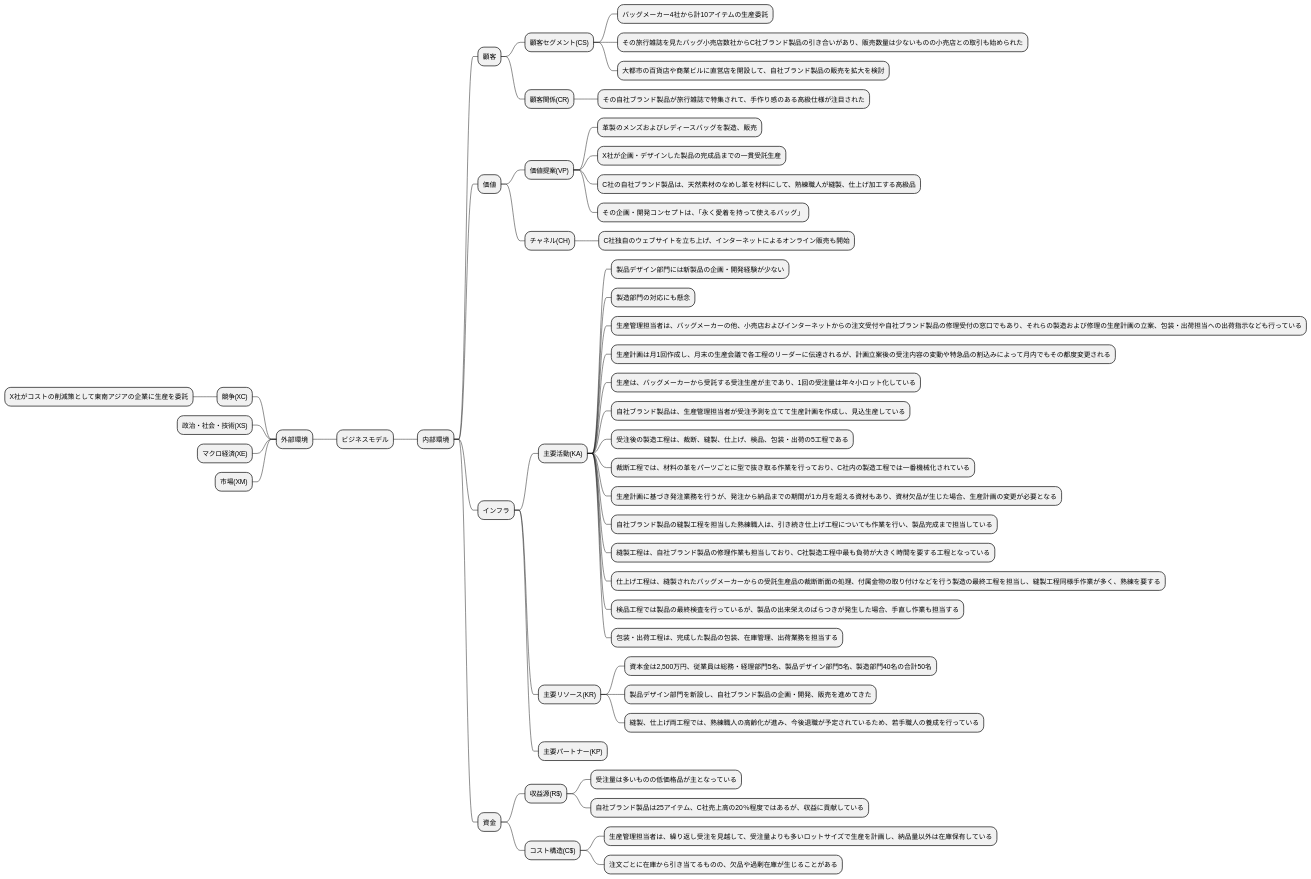
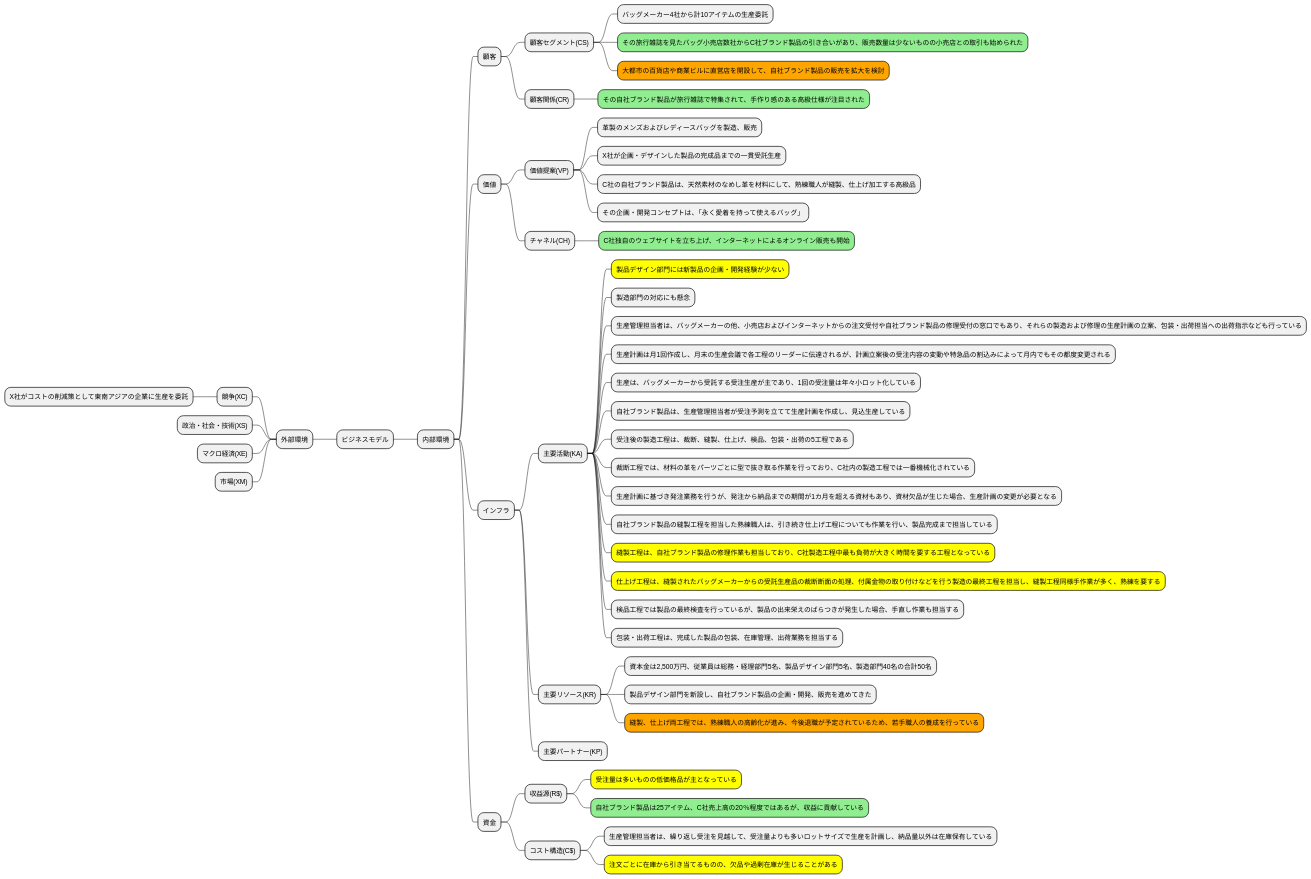
The second of 16 diagrams in docs/case/r03_case_3.adoc (k2works/case-sutudy-business-analysis), drawn with PlantUML before and after one commit. The commit also changed other lines of this file, not shown here.

```diff
--- a/docs/case/r03_case_3.adoc
+++ b/docs/case/r03_case_3.adoc
@@ -69,58 +69,58 @@
 [plantuml]
 ----
 @startmindmap
 
 * ビジネスモデル
 -- 外部環境
 --- 競争(XC)
 ---- X社がコストの削減策として東南アジアの企業に生産を委託
 --- 政治・社会・技術(XS)
 --- マクロ経済(XE)
 --- 市場(XM)
 ** 内部環境
 *** 顧客
 **** 顧客セグメント(CS)
 ***** バッグメーカー4社から計10アイテムの生産委託
-***** その旅行雑誌を見たバッグ小売店数社からC社ブランド製品の引き合いがあり、販売数量は少ないものの小売店との取引も始められた
-***** 大都市の百貨店や商業ビルに直営店を開設して、自社ブランド製品の販売を拡大を検討
+*****[#lightgreen] その旅行雑誌を見たバッグ小売店数社からC社ブランド製品の引き合いがあり、販売数量は少ないものの小売店との取引も始められた
+*****[#orange] 大都市の百貨店や商業ビルに直営店を開設して、自社ブランド製品の販売を拡大を検討
 **** 顧客関係(CR)
-***** その自社ブランド製品が旅行雑誌で特集されて、手作り感のある高級仕様が注目された
+*****[#lightgreen] その自社ブランド製品が旅行雑誌で特集されて、手作り感のある高級仕様が注目された
 *** 価値
 **** 価値提案(VP)
 ***** 革製のメンズおよびレディースバッグを製造、販売
 ***** X社が企画・デザインした製品の完成品までの一貫受託生産
 ***** C社の自社ブランド製品は、天然素材のなめし革を材料にして、熟練職人が縫製、仕上げ加工する高級品
 ***** その企画・開発コンセプトは、「永く愛着を持って使えるバッグ」
 **** チャネル(CH)
-***** C社独自のウェブサイトを立ち上げ、インターネットによるオンライン販売も開始
+*****[#lightgreen] C社独自のウェブサイトを立ち上げ、インターネットによるオンライン販売も開始
 *** インフラ
 **** 主要活動(KA)
-***** 製品デザイン部門には新製品の企画・開発経験が少ない
+*****[#yellow] 製品デザイン部門には新製品の企画・開発経験が少ない
 ***** 製造部門の対応にも懸念
 ***** 生産管理担当者は、バッグメーカーの他、小売店およびインターネットからの注文受付や自社ブランド製品の修理受付の窓口でもあり、それらの製造および修理の生産計画の立案、包装・出荷担当への出荷指示なども行っている
 ***** 生産計画は月1回作成し、月末の生産会議で各工程のリーダーに伝達されるが、計画立案後の受注内容の変動や特急品の割込みによって月内でもその都度変更される
 ***** 生産は、バッグメーカーから受託する受注生産が主であり、1回の受注量は年々小ロット化している
 ***** 自社ブランド製品は、生産管理担当者が受注予測を立てて生産計画を作成し、見込生産している
 ***** 受注後の製造工程は、裁断、縫製、仕上げ、検品、包装・出荷の5工程である
 ***** 裁断工程では、材料の革をパーツごとに型で抜き取る作業を行っており、C社内の製造工程では一番機械化されている
 ***** 生産計画に基づき発注業務を行うが、発注から納品までの期間が1カ月を超える資材もあり、資材欠品が生じた場合、生産計画の変更が必要となる
 ***** 自社ブランド製品の縫製工程を担当した熟練職人は、引き続き仕上げ工程についても作業を行い、製品完成まで担当している
-***** 縫製工程は、自社ブランド製品の修理作業も担当しており、C社製造工程中最も負荷が大きく時間を要する工程となっている
-***** 仕上げ工程は、縫製されたバッグメーカーからの受託生産品の裁断断面の処理、付属金物の取り付けなどを行う製造の最終工程を担当し、縫製工程同様手作業が多く、熟練を要する
+*****[#yellow] 縫製工程は、自社ブランド製品の修理作業も担当しており、C社製造工程中最も負荷が大きく時間を要する工程となっている
+*****[#yellow] 仕上げ工程は、縫製されたバッグメーカーからの受託生産品の裁断断面の処理、付属金物の取り付けなどを行う製造の最終工程を担当し、縫製工程同様手作業が多く、熟練を要する
 ***** 検品工程では製品の最終検査を行っているが、製品の出来栄えのばらつきが発生した場合、手直し作業も担当する
 ***** 包装・出荷工程は、完成した製品の包装、在庫管理、出荷業務を担当する
 **** 主要リソース(KR)
 ***** 資本金は2,500万円、従業員は総務・経理部門5名、製品デザイン部門5名、製造部門40名の合計50名
 ***** 製品デザイン部門を新設し、自社ブランド製品の企画・開発、販売を進めてきた
-***** 縫製、仕上げ両工程では、熟練職人の高齢化が進み、今後退職が予定されているため、若手職人の養成を行っている
+*****[#orange] 縫製、仕上げ両工程では、熟練職人の高齢化が進み、今後退職が予定されているため、若手職人の養成を行っている
 **** 主要パートナー(KP)
 *** 資金
 **** 収益源(R$)
-***** 受注量は多いものの低価格品が主となっている
-***** 自社ブランド製品は25アイテム、C社売上高の20％程度ではあるが、収益に貢献している
+*****[#yellow] 受注量は多いものの低価格品が主となっている
+*****[#lightgreen] 自社ブランド製品は25アイテム、C社売上高の20％程度ではあるが、収益に貢献している
 **** コスト構造(C$)
 ***** 生産管理担当者は、繰り返し受注を見越して、受注量よりも多いロットサイズで生産を計画し、納品量以外は在庫保有している
-***** 注文ごとに在庫から引き当てるものの、欠品や過剰在庫が生じることがある
+*****[#yellow] 注文ごとに在庫から引き当てるものの、欠品や過剰在庫が生じることがある
 
 @endmindmap
 ----
```
